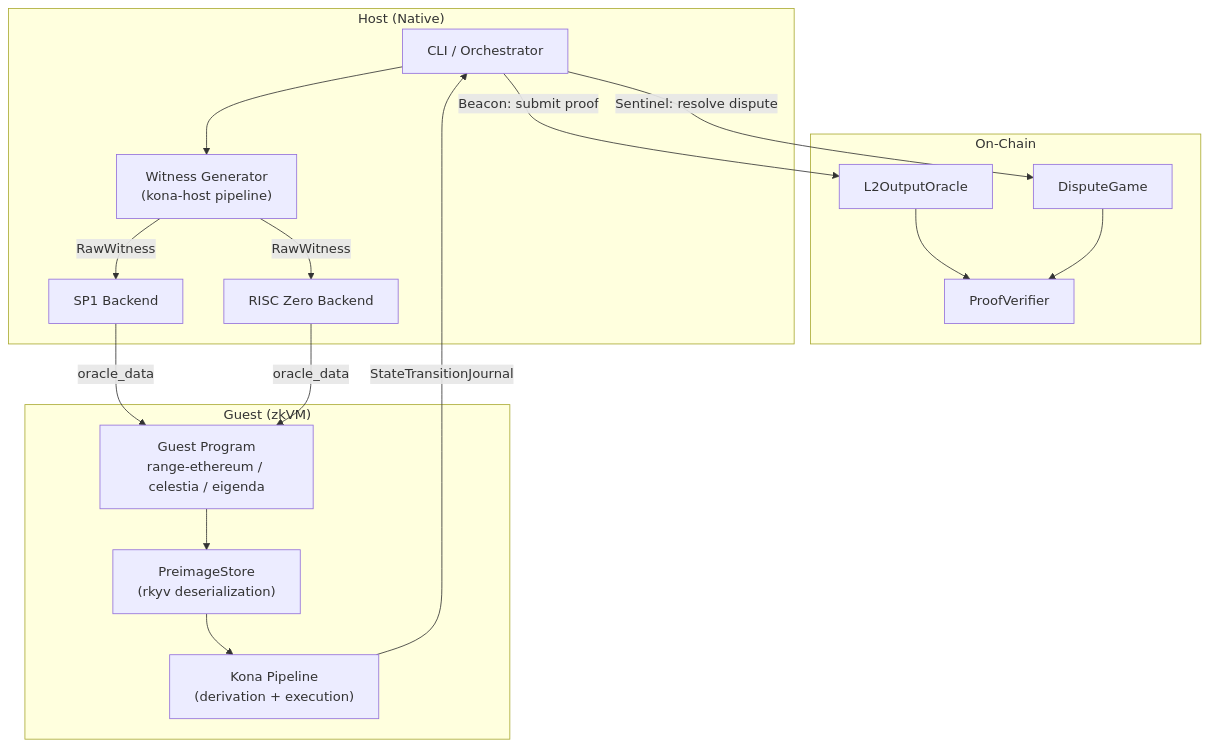
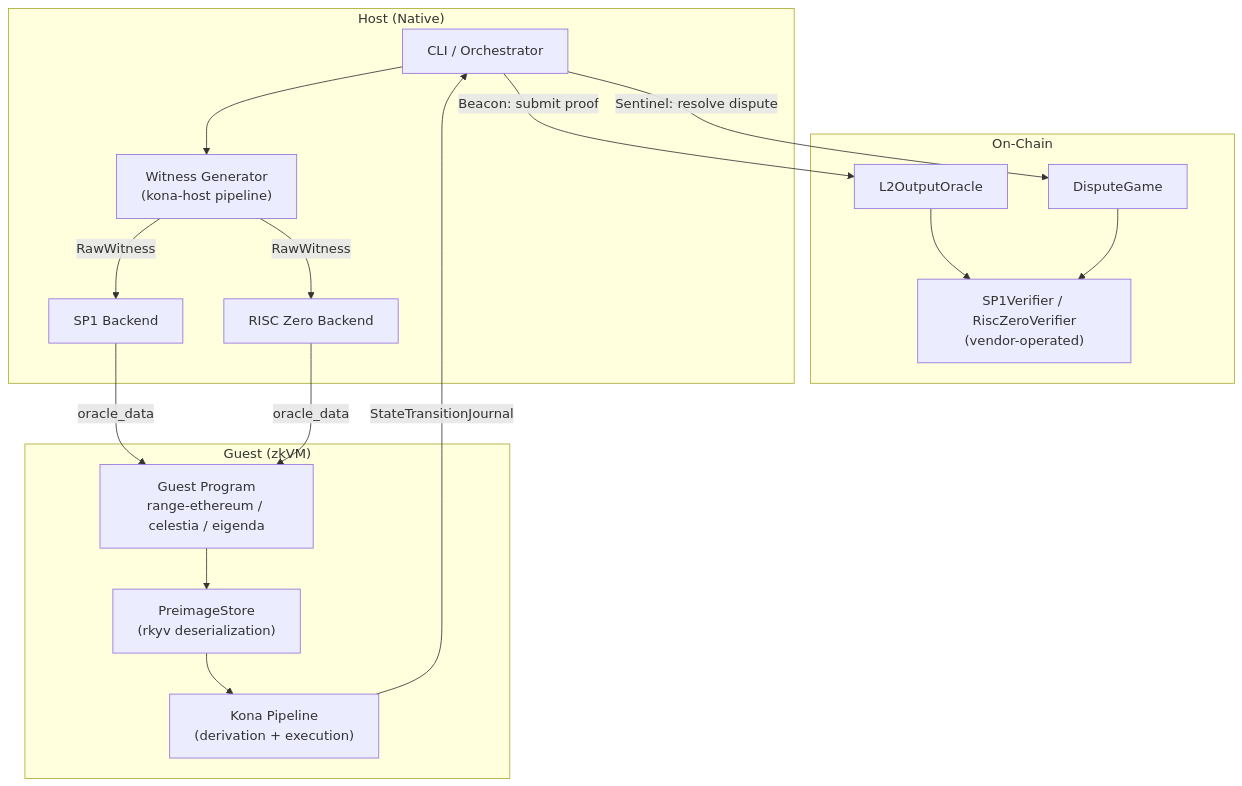
One commit to arkios-labs/open-zk changed the first of 3 diagrams in README.md. Above: the diagram before and after it, drawn with Mermaid. The commit also changed other lines of this file, not shown here.

First line of the commit message:
docs: fix ProofVerifier references and complete StateTransitionJournal fields

````diff
--- a/README.md
+++ b/README.md
@@ -164,33 +164,33 @@
 ```mermaid
 graph TD
   subgraph Contracts["On-Chain"]
     Oracle["L2OutputOracle"]
     Dispute["DisputeGame"]
-    Verifier["ProofVerifier"]
+    Verifier["SP1Verifier / RiscZeroVerifier<br>(vendor-operated)"]
   end
 
   subgraph Host["Host (Native)"]
     CLI["CLI / Orchestrator"]
     WG["Witness Generator<br>(kona-host pipeline)"]
     SP1B["SP1 Backend"]
     R0B["RISC Zero Backend"]
   end
 
   subgraph Guest["Guest (zkVM)"]
     GE["Guest Program<br>range-ethereum / celestia / eigenda"]
     PS["PreimageStore<br>(rkyv deserialization)"]
     KP["Kona Pipeline<br>(derivation + execution)"]
   end
 
   CLI --> WG
   WG -->|RawWitness| SP1B
   WG -->|RawWitness| R0B
   SP1B -->|oracle_data| GE
   R0B -->|oracle_data| GE
   GE --> PS --> KP
   KP -->|StateTransitionJournal| CLI
   CLI -->|Beacon: submit proof| Oracle
   CLI -->|Sentinel: resolve dispute| Dispute
   Oracle --> Verifier
   Dispute --> Verifier
 ```
````
